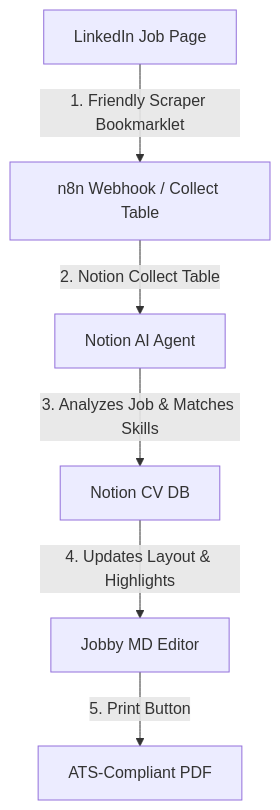
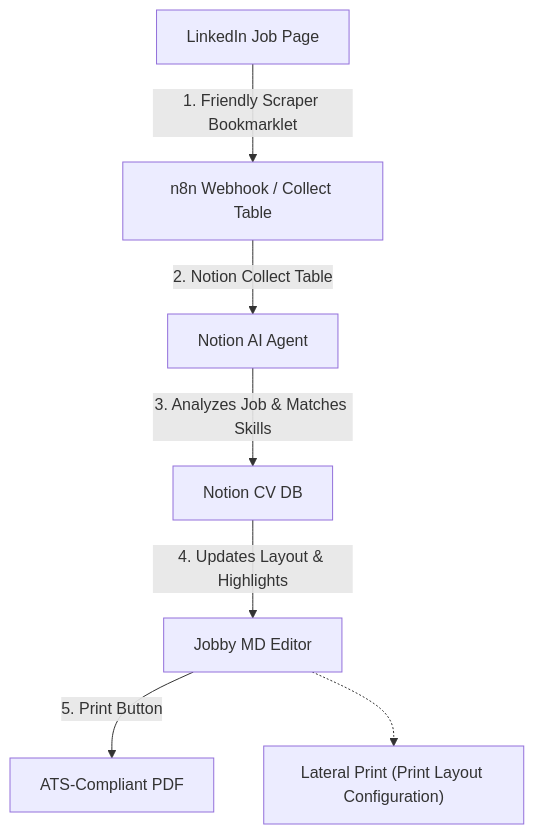
One commit to gnueole/jobby-md2html changed the diagram in README.md. Above: the diagram before and after it, drawn with Mermaid.

Commit message:
docs: update Mermaid diagram to show Lateral Print node

````diff
--- a/README.md
+++ b/README.md
@@ -35,8 +35,9 @@
 ```mermaid
 graph TD
     A[LinkedIn Job Page] -->|1. Friendly Scraper Bookmarklet| B[n8n Webhook / Collect Table]
     B -->|2. Notion Collect Table| C[Notion AI Agent]
     C -->|3. Analyzes Job & Matches Skills| D[Notion CV DB]
     D -->|4. Updates Layout & Highlights| E[Jobby MD Editor]
     E -->|5. Print Button| F[ATS-Compliant PDF]
+    E -.-> G["Lateral Print (Print Layout Configuration)"]
 ```
````
